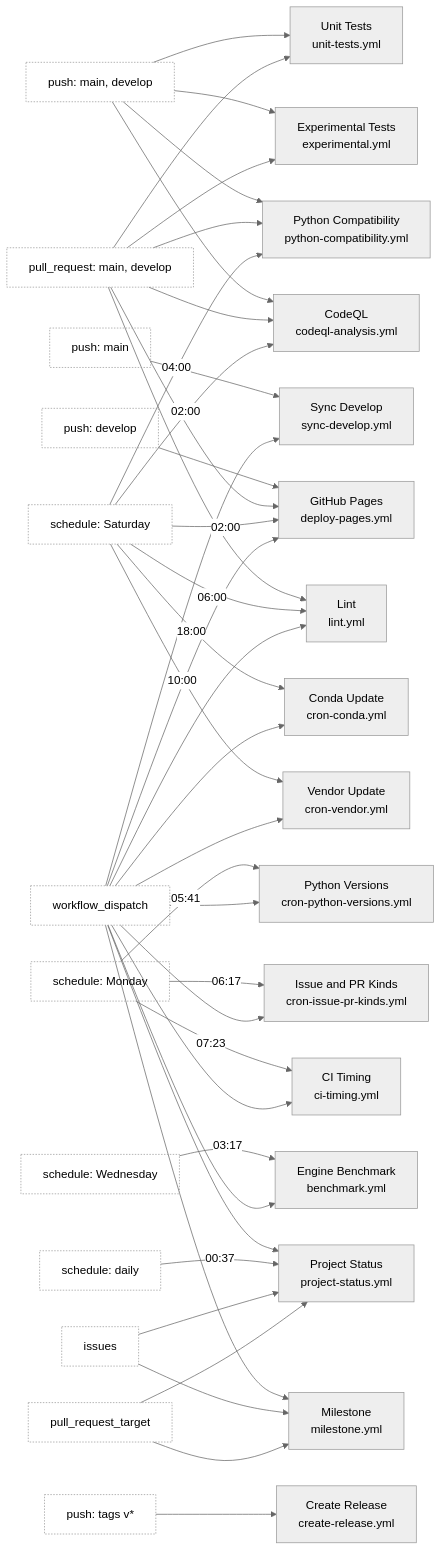
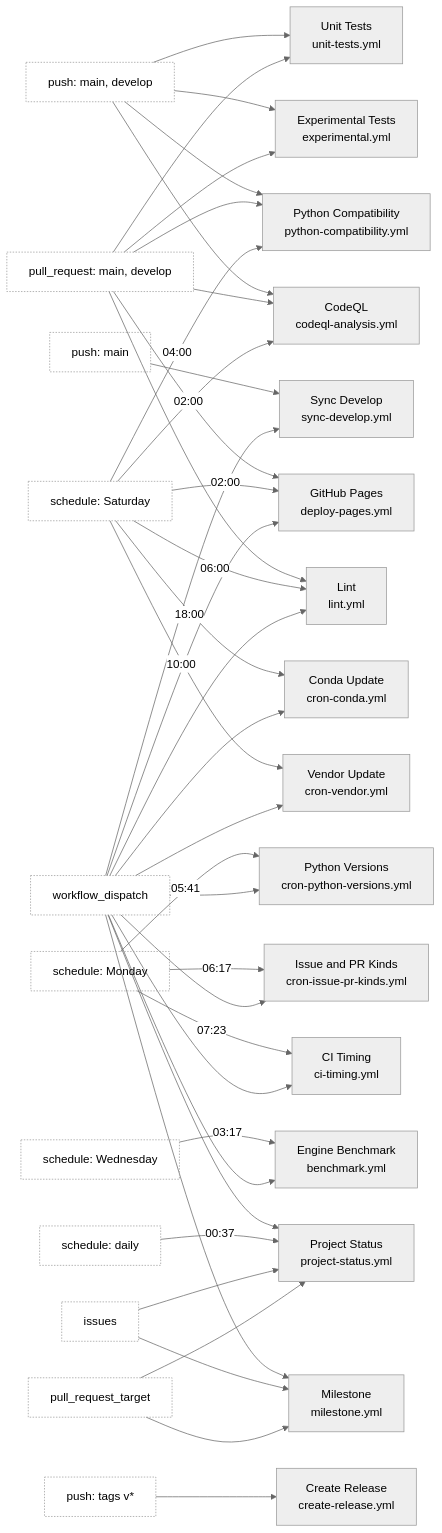
The first of 6 diagrams in docs/source/contributing/workflows.rst (JarryShaw/PyPCAPKit), drawn with Mermaid (neutral theme) before and after one commit. The commit also changed other lines of this file and 14 other files, not shown here.

```diff
--- a/docs/source/contributing/workflows.rst
+++ b/docs/source/contributing/workflows.rst
@@ -189,7 +189,6 @@
    flowchart LR
        PUSH["push: main, develop"]
        PUSHMAIN["push: main"]
-       PUSHDEV["push: develop"]
        PR["pull_request: main, develop"]
        SAT["schedule: Saturday"]
        MON["schedule: Monday"]
@@ -231,7 +230,6 @@
        PR --> CQ
        SAT -->|02:00| CQ
 
-       PUSHDEV --> GP
        PR --> GP
        SAT -->|02:00| GP
        DISPATCH --> GP
@@ -273,4 +271,4 @@
        TAG --> CR
 
        classDef trig fill:none,stroke-dasharray:2 2
-       class PUSH,PUSHMAIN,PUSHDEV,PR,SAT,MON,WED,DISPATCH,DAILY,ISSUES,PRT,TAG trig
+       class PUSH,PUSHMAIN,PR,SAT,MON,WED,DISPATCH,DAILY,ISSUES,PRT,TAG trig
```
